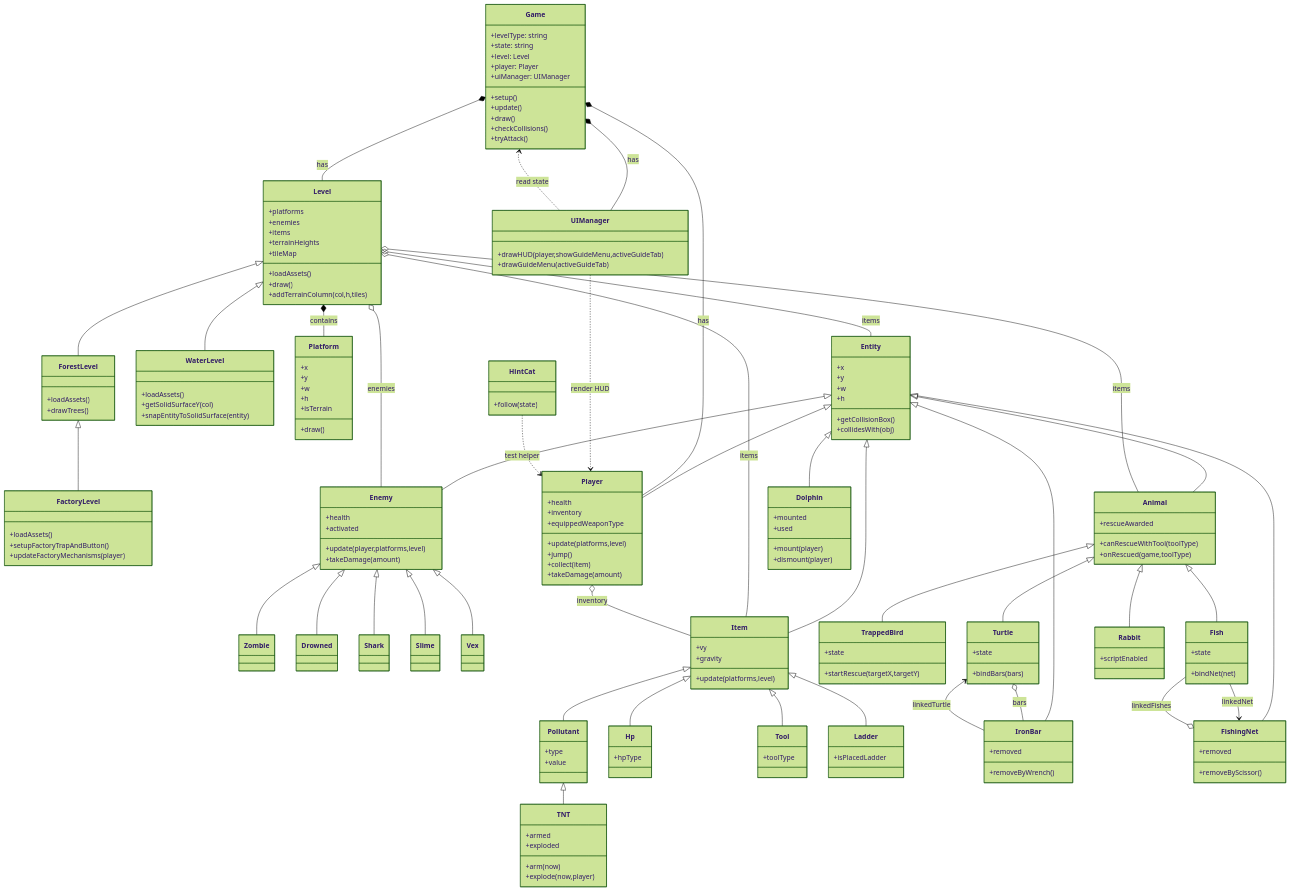
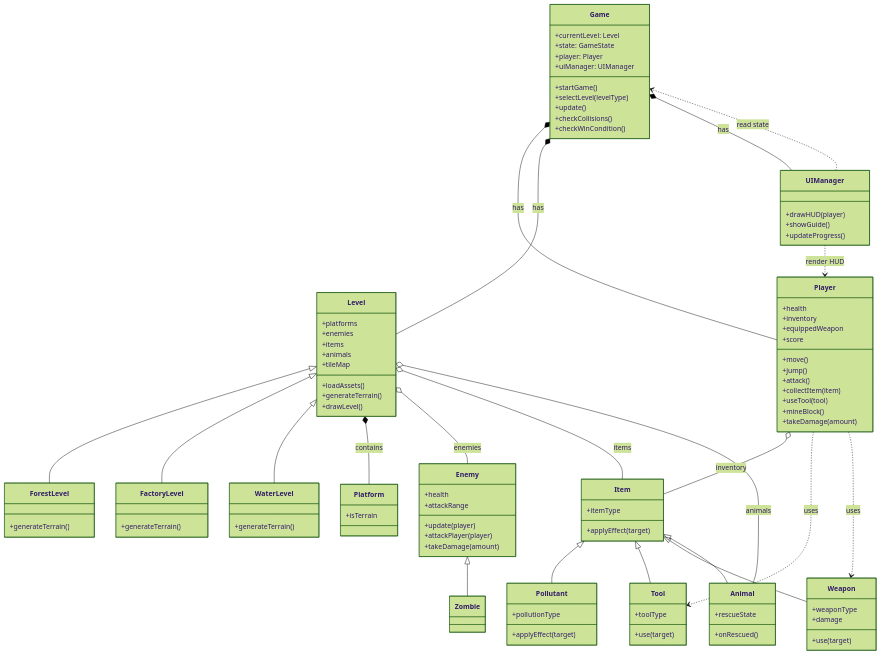
The diagram in README.md (UoB-COMSM0166/2026-group-15), drawn with Mermaid (forest theme) before and after one commit.

Commit message:
Add class diagram for game design overview
Added class diagram for 'Super Cat and Steve' game, detailing the object-oriented design and relationships between classes.

````diff
--- a/README.md
+++ b/README.md
@@ -418,196 +423,111 @@
 classDiagram
 
 class Game {
-  +levelType: string
-  +state: string
-  +level: Level
+  +currentLevel: Level
+  +state: GameState
   +player: Player
   +uiManager: UIManager
-  +setup()
+  +startGame()
+  +selectLevel(levelType)
   +update()
-  +draw()
   +checkCollisions()
-  +tryAttack()
+  +checkWinCondition()
 }
 
 class Level {
   +platforms
   +enemies
   +items
-  +terrainHeights
+  +animals
   +tileMap
   +loadAssets()
-  +draw()
-  +addTerrainColumn(col,h,tiles)
+  +generateTerrain()
+  +drawLevel()
 }
 
 class ForestLevel {
-  +loadAssets()
-  +drawTrees()
+  +generateTerrain()
 }
 
 class FactoryLevel {
-  +loadAssets()
-  +setupFactoryTrapAndButton()
-  +updateFactoryMechanisms(player)
+  +generateTerrain()
 }
 
 class WaterLevel {
-  +loadAssets()
-  +getSolidSurfaceY(col)
-  +snapEntityToSolidSurface(entity)
+  +generateTerrain()
 }
 
 class Platform {
-  +x
-  +y
-  +w
-  +h
   +isTerrain
-  +draw()
-}
-
-class Entity {
-  +x
-  +y
-  +w
-  +h
-  +getCollisionBox()
-  +collidesWith(obj)
 }
 
 class Player {
   +health
   +inventory
-  +equippedWeaponType
-  +update(platforms,level)
+  +equippedWeapon
+  +score
+  +move()
   +jump()
-  +collect(item)
+  +attack()
+  +collectItem(item)
+  +useTool(tool)
+  +mineBlock()
   +takeDamage(amount)
 }
 
 class Enemy {
   +health
-  +activated
-  +update(player,platforms,level)
+  +attackRange
+  +update(player)
+  +attackPlayer(player)
   +takeDamage(amount)
 }
 
 class Zombie
-class Drowned
-class Shark
-class Slime
-class Vex
 
 class Item {
-  +vy
-  +gravity
-  +update(platforms,level)
+  +itemType
+  +applyEffect(target)
 }
 
 class Pollutant {
-  +type
-  +value
-}
-
-class TNT {
-  +armed
-  +exploded
-  +arm(now)
-  +explode(now,player)
-}
-
-class Hp {
-  +hpType
+  +pollutionType
+  +applyEffect(target)
 }
 
 class Tool {
   +toolType
+  +use(target)
 }
 
-class Ladder {
-  +isPlacedLadder
+class Weapon {
+  +weaponType
+  +damage
+  +use(target)
 }
 
 class Animal {
-  +rescueAwarded
-  +canRescueWithTool(toolType)
-  +onRescued(game,toolType)
-}
-
-class TrappedBird {
-  +state
-  +startRescue(targetX,targetY)
-}
-
-class Turtle {
-  +state
-  +bindBars(bars)
-}
-
-class Fish {
-  +state
-  +bindNet(net)
-}
-
-class Rabbit {
-  +scriptEnabled
-}
-
-class IronBar {
-  +removed
-  +removeByWrench()
-}
-
-class FishingNet {
-  +removed
-  +removeByScissor()
-}
-
-class Dolphin {
-  +mounted
-  +used
-  +mount(player)
-  +dismount(player)
+  +rescueState
+  +onRescued()
 }
 
 class UIManager {
-  +drawHUD(player,showGuideMenu,activeGuideTab)
-  +drawGuideMenu(activeGuideTab)
-}
-
-class HintCat {
-  +follow(state)
+  +drawHUD(player)
+  +showGuide()
+  +updateProgress()
 }
 
 Level <|-- ForestLevel
-ForestLevel <|-- FactoryLevel
+Level <|-- FactoryLevel
 Level <|-- WaterLevel
 
-Entity <|-- Player
-Entity <|-- Enemy
-Entity <|-- Item
-Entity <|-- Animal
-Entity <|-- IronBar
-Entity <|-- FishingNet
-Entity <|-- Dolphin
-
 Enemy <|-- Zombie
-Enemy <|-- Drowned
-Enemy <|-- Shark
-Enemy <|-- Slime
-Enemy <|-- Vex
 
 Item <|-- Pollutant
-Pollutant <|-- TNT
-Item <|-- Hp
 Item <|-- Tool
-Item <|-- Ladder
+Item <|-- Weapon
 
-Animal <|-- TrappedBird
-Animal <|-- Turtle
-Animal <|-- Fish
-Animal <|-- Rabbit
+Item <|-- Animal
 
 Game *-- Player : has
 Game *-- Level : has
@@ -616,16 +536,12 @@
 Level *-- Platform : contains
 Level o-- Enemy : enemies
 Level o-- Item : items
-Level o-- Animal : items
-Level o-- Entity : items
+Level o-- Animal : animals
 
 Player o-- Item : inventory
-Turtle o-- IronBar : bars
-FishingNet o-- Fish : linkedFishes
-Fish --> FishingNet : linkedNet
-IronBar --> Turtle : linkedTurtle
+Player ..> Tool : uses
+Player ..> Weapon : uses
 
 UIManager ..> Player : render HUD
 UIManager ..> Game : read state
-HintCat ..> Player : test helper
 ```
````
